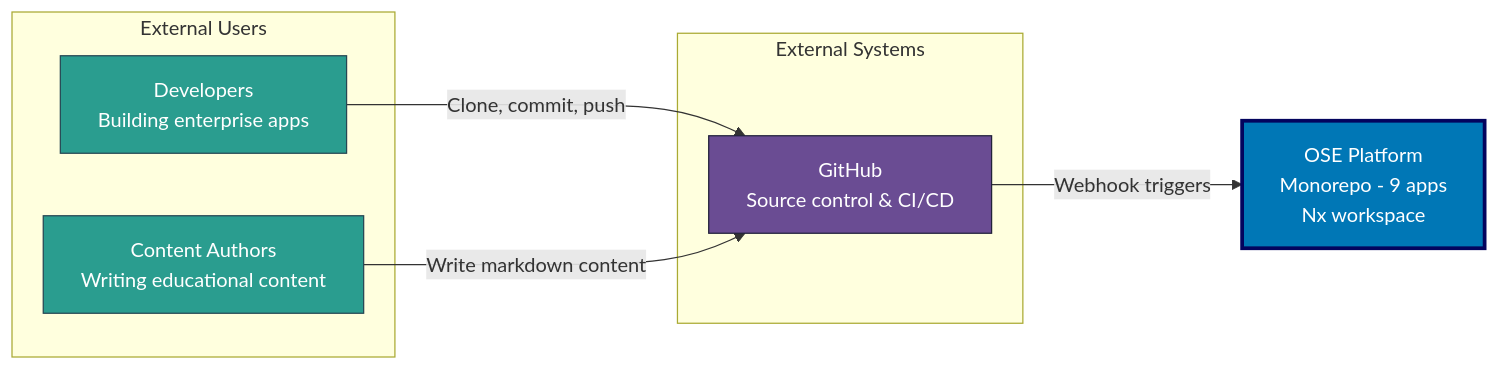
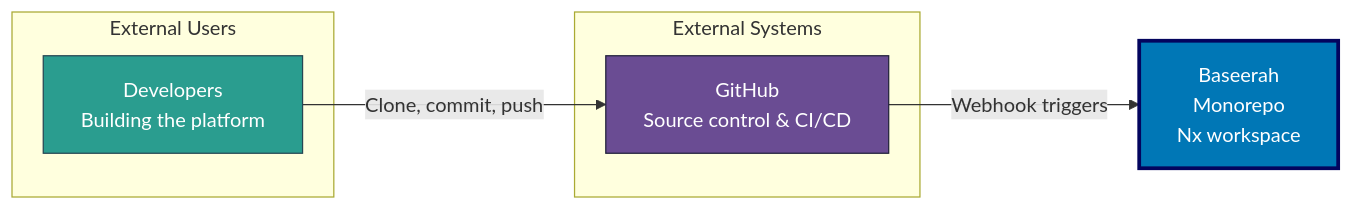
The first of 2 diagrams in docs/reference/system-architecture/README.md (wahidyankf/baseerah), drawn with Mermaid before and after one commit. The commit also changed other lines of this file and 2059 other files, not shown here.

````diff
--- a/docs/reference/system-architecture/README.md
+++ b/docs/reference/system-architecture/README.md
@@ -40,22 +50,19 @@
 ```mermaid
 graph LR
     subgraph "External Users"
-        DEVS[Developers<br/>Building enterprise apps]
-        AUTHORS[Content Authors<br/>Writing educational content]
+        DEVS[Developers<br/>Building the platform]
     end
 
     subgraph "External Systems"
         GITHUB[GitHub<br/>Source control & CI/CD]
     end
 
-    OSE_PLATFORM[OSE Platform<br/>Monorepo - 9 apps<br/>Nx workspace]
+    BASEERAH[Baseerah<br/>Monorepo<br/>Nx workspace]
 
     DEVS -->|Clone, commit, push| GITHUB
-    AUTHORS -->|Write markdown content| GITHUB
-    GITHUB -->|Webhook triggers| OSE_PLATFORM
+    GITHUB -->|Webhook triggers| BASEERAH
 
-    style OSE_PLATFORM fill:#0077b6,stroke:#03045e,color:#ffffff,stroke-width:3px
+    style BASEERAH fill:#0077b6,stroke:#03045e,color:#ffffff,stroke-width:3px
     style DEVS fill:#2a9d8f,stroke:#264653,color:#ffffff
-    style AUTHORS fill:#2a9d8f,stroke:#264653,color:#ffffff
     style GITHUB fill:#6a4c93,stroke:#22223b,color:#ffffff
 ```
````
